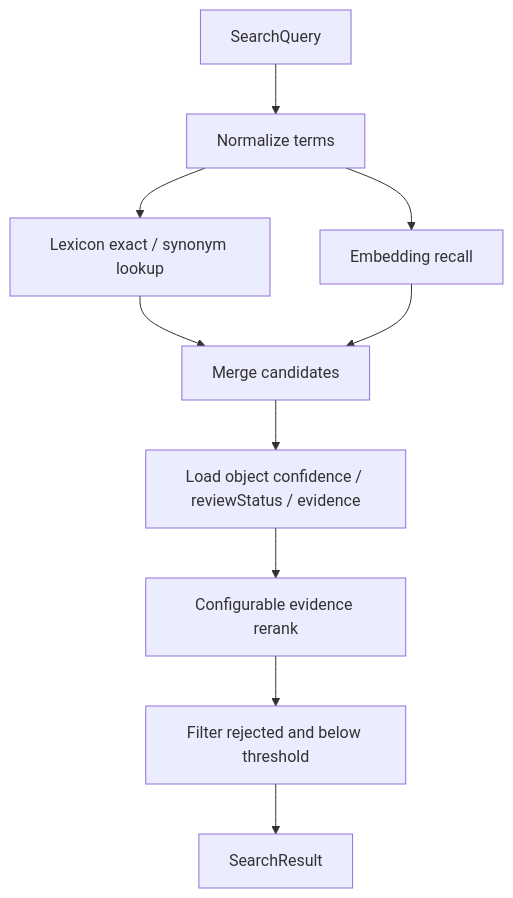
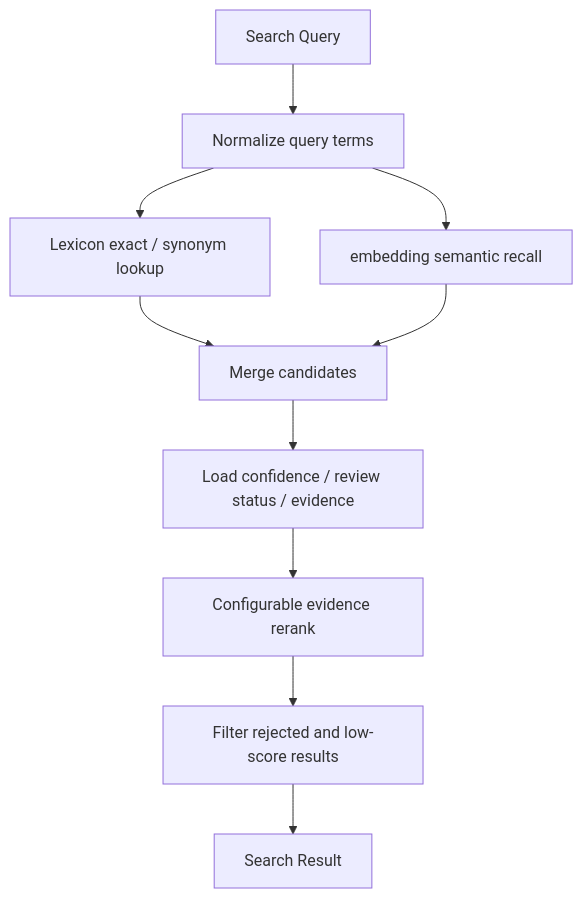
The second of 2 diagrams in docs/design/semantic-layer/07-semantic-search.md (xiaoguang/relation-detector), drawn with Mermaid before and after one commit. The commit also changed other lines of this file and 14 other files, not shown here.

````diff
--- a/docs/design/semantic-layer/07-semantic-search.md
+++ b/docs/design/semantic-layer/07-semantic-search.md
@@ -33,12 +54,12 @@
 ```mermaid
 flowchart TD
-  A["SearchQuery"] --> B["Normalize terms"]
+  A["Search Query"] --> B["Normalize query terms"]
   B --> C["Lexicon exact / synonym lookup"]
-  B --> D["Embedding recall"]
+  B --> D["embedding semantic recall"]
   C --> E["Merge candidates"]
   D --> E
-  E --> F["Load object confidence / reviewStatus / evidence"]
+  E --> F["Load confidence / review status / evidence"]
   F --> G["Configurable evidence rerank"]
-  G --> H["Filter rejected and below threshold"]
-  H --> I["SearchResult"]
+  G --> H["Filter rejected and low-score results"]
+  H --> I["Search Result"]
 ```
````
